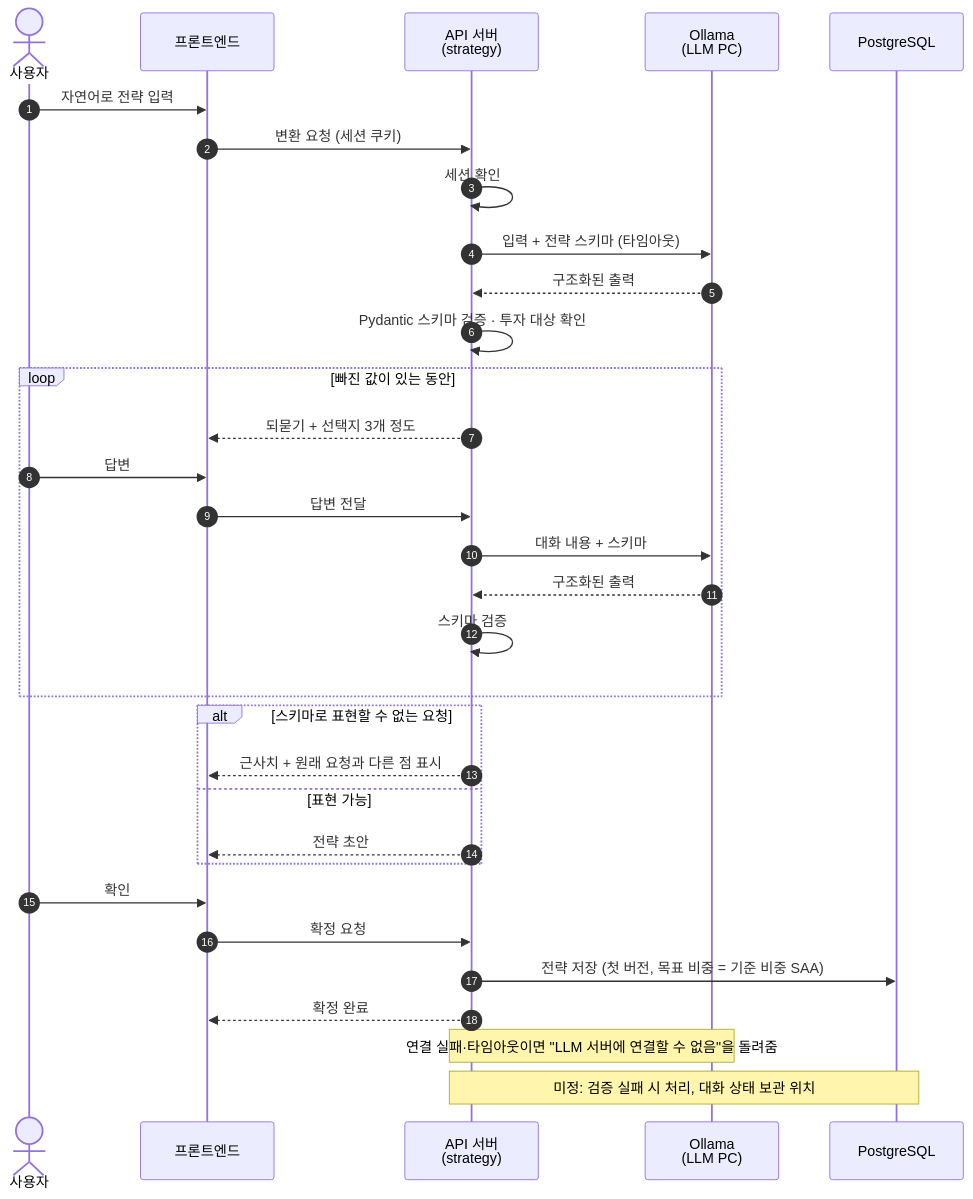
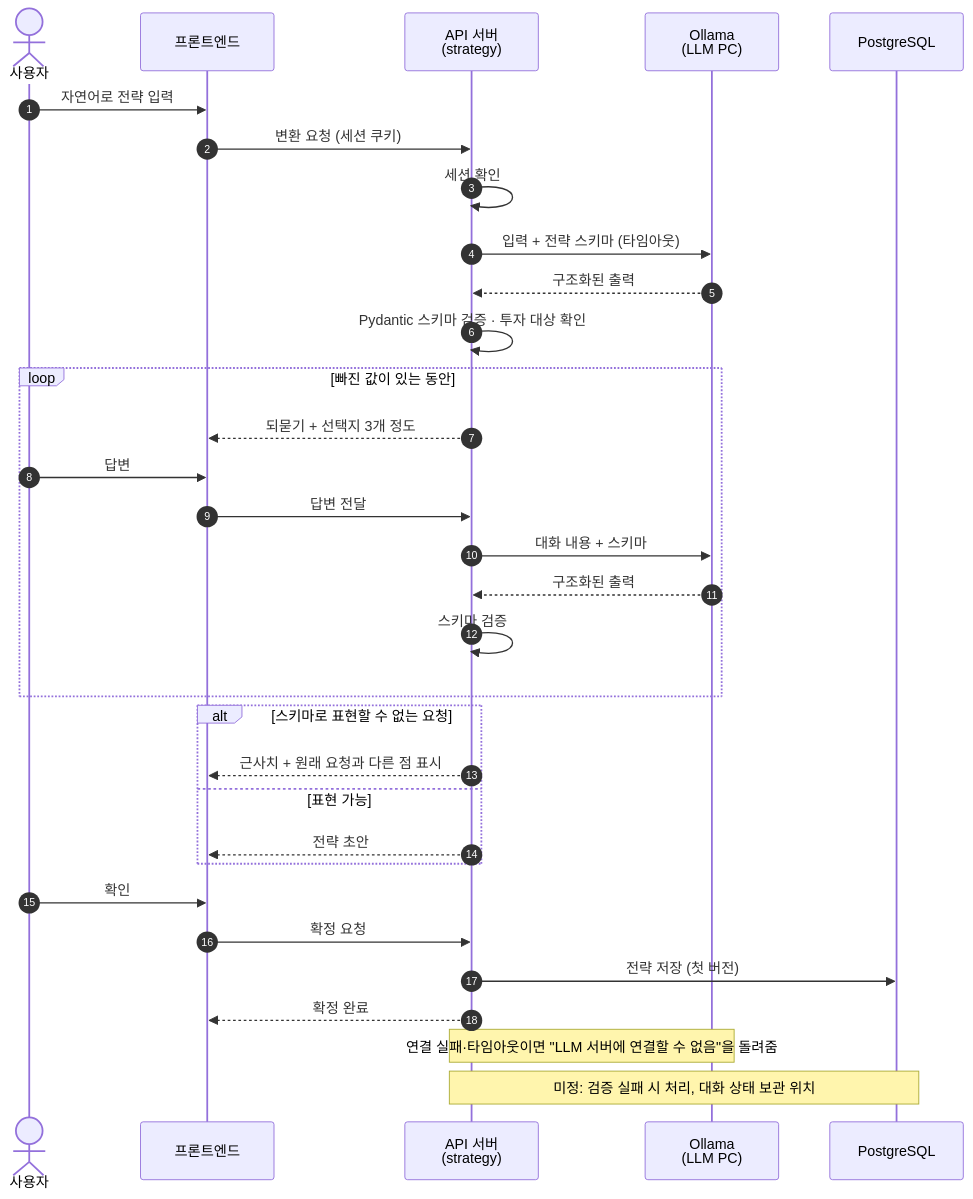
Before and after one commit to tukorea-capston-project/etf-rebalancing: the second of 3 diagrams in docs/architecture.md, drawn with Mermaid. The commit also changed other lines of this file and 11 other files, not shown here.

````diff
--- a/docs/architecture.md
+++ b/docs/architecture.md
@@ -150,39 +151,39 @@
 ```mermaid
 sequenceDiagram
     autonumber
     actor U as 사용자
     participant FE as 프론트엔드
     participant API as API 서버<br/>(strategy)
     participant LLM as Ollama<br/>(LLM PC)
     participant DB as PostgreSQL
 
     U->>FE: 자연어로 전략 입력
     FE->>API: 변환 요청 (세션 쿠키)
     API->>API: 세션 확인
     API->>LLM: 입력 + 전략 스키마 (타임아웃)
     LLM-->>API: 구조화된 출력
     API->>API: Pydantic 스키마 검증 · 투자 대상 확인
 
     loop 빠진 값이 있는 동안
         API-->>FE: 되묻기 + 선택지 3개 정도
         U->>FE: 답변
         FE->>API: 답변 전달
         API->>LLM: 대화 내용 + 스키마
         LLM-->>API: 구조화된 출력
         API->>API: 스키마 검증
     end
 
     alt 스키마로 표현할 수 없는 요청
         API-->>FE: 근사치 + 원래 요청과 다른 점 표시
     else 표현 가능
         API-->>FE: 전략 초안
     end
 
     U->>FE: 확인
     FE->>API: 확정 요청
-    API->>DB: 전략 저장 (첫 버전, 목표 비중 = 기준 비중 SAA)
+    API->>DB: 전략 저장 (첫 버전)
     API-->>FE: 확정 완료
 
     Note over API,LLM: 연결 실패·타임아웃이면 "LLM 서버에 연결할 수 없음"을 돌려줌
     Note over API,DB: 미정: 검증 실패 시 처리, 대화 상태 보관 위치
 ```
````
